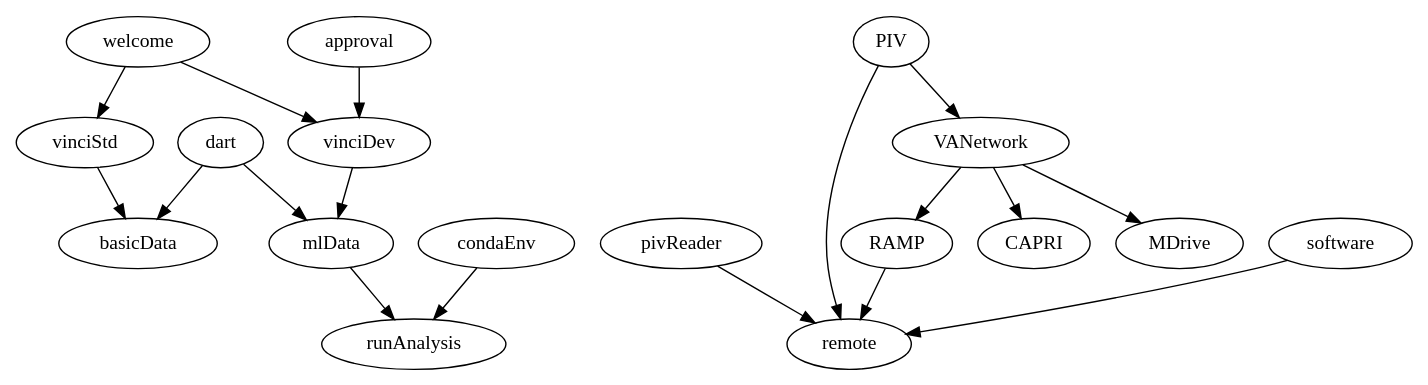
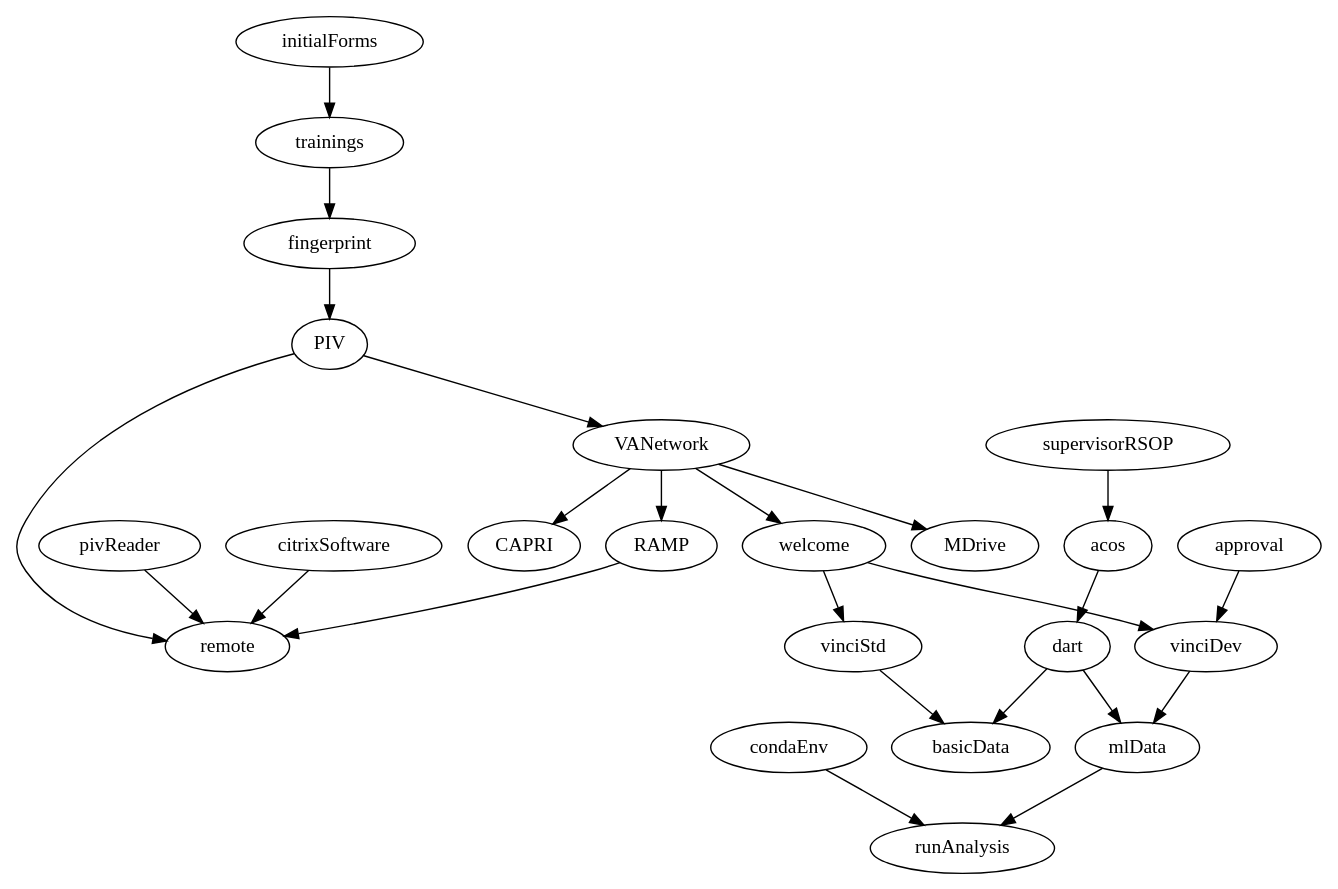
One commit to zimolzak/ml-detect-diagnostic-safety changed the diagram in pert.dot. Above: the diagram before and after it, drawn with Graphviz.

Commit message:
Interlinks and initial steps

```diff
--- a/pert.dot
+++ b/pert.dot
@@ -1,27 +1,34 @@
 digraph {
 
 welcome -> vinciStd
 welcome -> vinciDev
 vinciStd -> basicData
 approval -> vinciDev
 vinciDev -> mlData
 dart -> mlData
 dart -> basicData
 
 mlData -> runAnalysis
 condaEnv -> runAnalysis
 
 pivReader -> remote
 RAMP -> remote
-software -> remote
+citrixSoftware -> remote
 
 PIV -> VANetwork
 PIV -> remote
 
 VANetwork -> RAMP
 VANetwork -> CAPRI
 VANetwork -> MDrive
+VANetwork -> welcome
+
+acos -> dart
+
+supervisorRSOP -> acos
+
+initialForms -> trainings -> fingerprint -> PIV
 
 // nodex[label="Node\nLabel"]
 
 }
```
